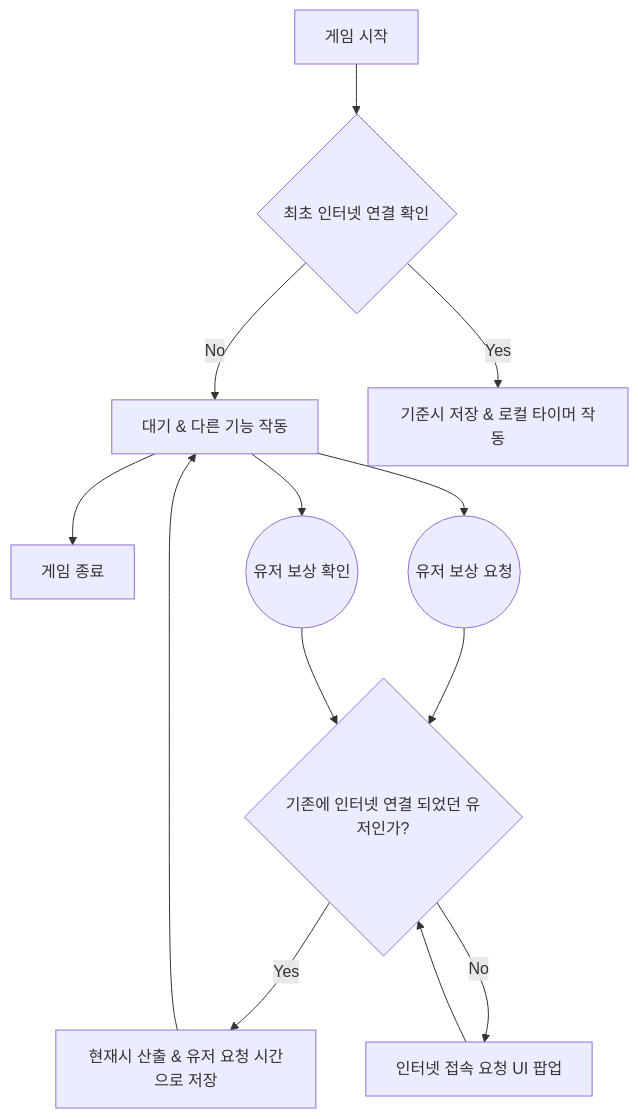
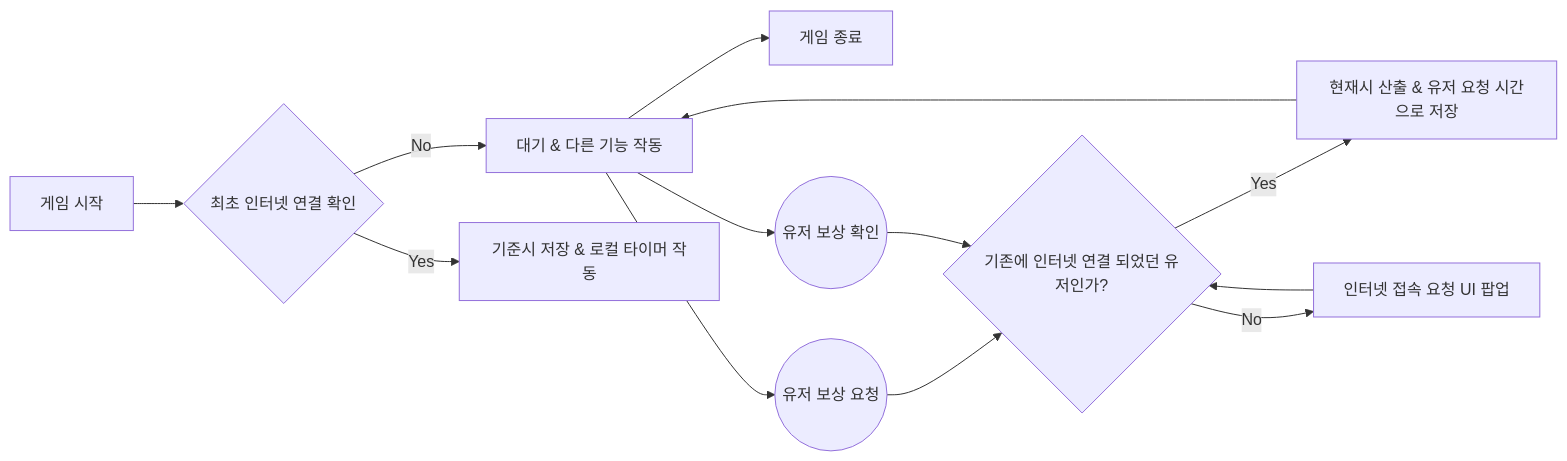
Before and after one commit to lhamed/lhamed.github.io: the diagram in _posts/2019-7-20-69th-post.md, drawn with Mermaid.

```diff
--- a/_posts/2019-7-20-69th-post.md
+++ b/_posts/2019-7-20-69th-post.md
@@ -88,25 +88,25 @@
-<div class="mermaid">
-graph TD;
+<div class="mermaid", textalign="center",>
+graph LR;
     start[게임 시작]
     wait[대기 & 다른 기능 작동]
     endGame[게임 종료]
     checkNetwork{최초 인터넷 연결 확인}
     checkNetwork_2{기존에 인터넷 연결 되었던 유저인가?}
     beginWatch[기준시 저장 & 로컬 타이머 작동]
     checkWatch[현재시 산출 & 유저 요청 시간으로 저장]
     userRequest((유저 보상 요청))
     userReward((유저 보상 확인))
     popupRequestInternet[인터넷 접속 요청 UI 팝업]
     start --> checkNetwork 
     checkNetwork -- Yes --> beginWatch 
     checkNetwork -- No --> wait 
     wait --> userRequest 
     userRequest --> checkNetwork_2 
     checkNetwork_2 -- Yes --> checkWatch 
     checkWatch --> wait 
     checkNetwork_2 -- No --> popupRequestInternet 
     popupRequestInternet --> checkNetwork_2
     wait --> userReward 
     userReward -->checkNetwork_2
     wait --> endGame
 </div>
```
